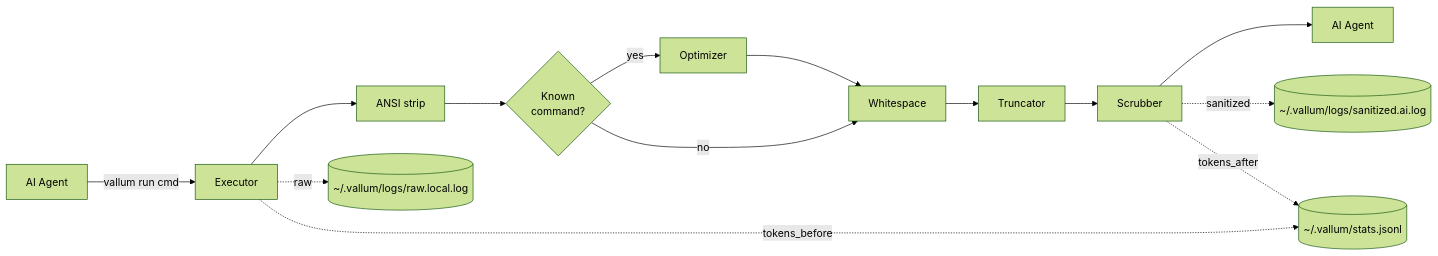
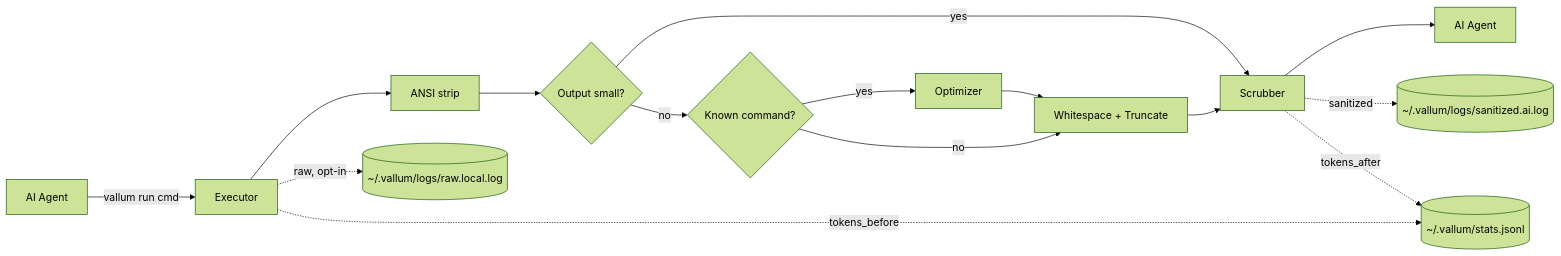
One commit to kahramanemir/Vallum changed the diagram in README.md. Above: the diagram before and after it, drawn with Mermaid (forest theme). The commit also changed other lines of this file, not shown here.

````diff
--- a/README.md
+++ b/README.md
@@ -19,16 +21,17 @@
 ```mermaid
 flowchart LR
     A[AI Agent] -->|vallum run cmd| B[Executor]
     B --> C[ANSI strip]
-    C --> D{Known<br/>command?}
-    D -->|yes| E[Optimizer]
-    D -->|no| F[Whitespace]
-    E --> F
-    F --> G[Truncator]
-    G --> H[Scrubber]
+    C --> D{Output small?}
+    D -->|yes| H[Scrubber]
+    D -->|no| E{Known command?}
+    E -->|yes| F[Optimizer]
+    E -->|no| G[Whitespace + Truncate]
+    F --> G
+    G --> H
     H --> I[AI Agent]
-    B -. raw .-> J[(~/.vallum/logs/raw.local.log)]
+    B -. raw, opt-in .-> J[(~/.vallum/logs/raw.local.log)]
     H -. sanitized .-> K[(~/.vallum/logs/sanitized.ai.log)]
     B -.->|tokens_before| L[(~/.vallum/stats.jsonl)]
     H -.->|tokens_after| L
 ```
````
